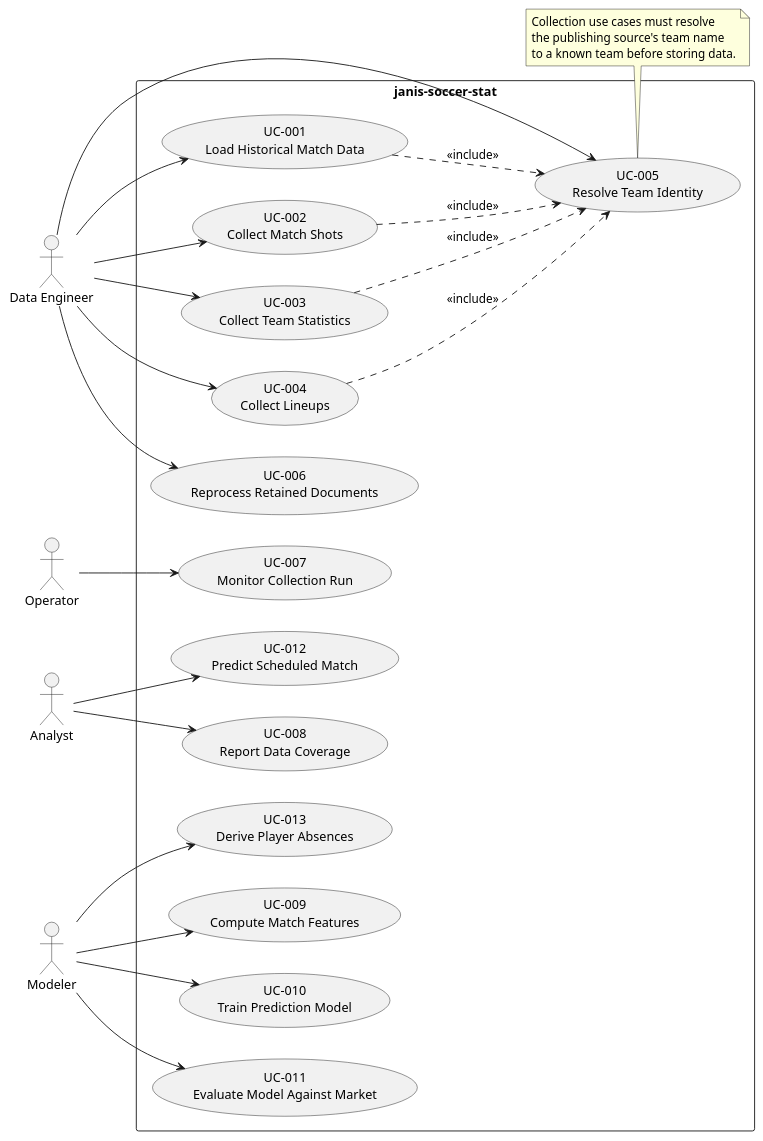
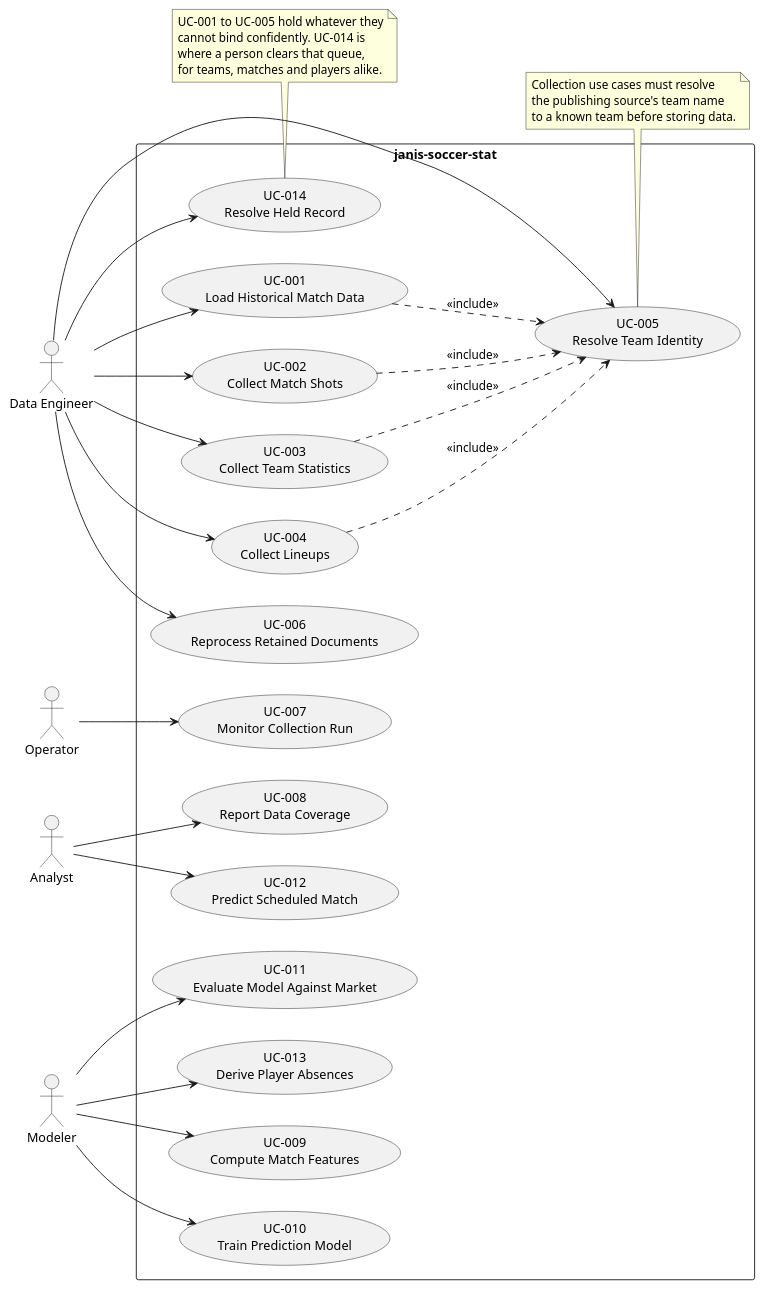
One commit to MrRios507/janis-soccer-stat changed the diagram in docs/use_cases.puml. Above: the diagram before and after it, drawn with PlantUML. The commit also changed 3 other files, not shown here.

First line of the commit message:
Close entity model gaps and split held-record review into UC-014

```diff
--- a/docs/use_cases.puml
+++ b/docs/use_cases.puml
@@ -1,66 +1,76 @@
 @startuml Use Cases Overview
 left to right direction
 
 actor "Data Engineer" as engineer
 actor "Operator" as operator
 actor "Analyst" as analyst
 actor "Modeler" as modeler
 
 rectangle "janis-soccer-stat" {
     ' Traces to FR-001, FR-011, FR-012, FR-013
     usecase "UC-001\nLoad Historical Match Data" as UC001
     ' Traces to FR-002
     usecase "UC-002\nCollect Match Shots" as UC002
     ' Traces to FR-003
     usecase "UC-003\nCollect Team Statistics" as UC003
     ' Traces to FR-004
     usecase "UC-004\nCollect Lineups" as UC004
     ' Traces to FR-008, FR-009, FR-010
     usecase "UC-005\nResolve Team Identity" as UC005
     ' Traces to FR-006, FR-007
     usecase "UC-006\nReprocess Retained Documents" as UC006
     ' Traces to FR-005, FR-022
     usecase "UC-007\nMonitor Collection Run" as UC007
     ' Traces to FR-023, FR-024
     usecase "UC-008\nReport Data Coverage" as UC008
     ' Traces to FR-014, FR-015, FR-016
     usecase "UC-009\nCompute Match Features" as UC009
     ' Traces to FR-017, FR-018
     usecase "UC-010\nTrain Prediction Model" as UC010
     ' Traces to FR-020, FR-021
     usecase "UC-011\nEvaluate Model Against Market" as UC011
     ' Traces to FR-019
     usecase "UC-012\nPredict Scheduled Match" as UC012
     ' Traces to FR-025
     usecase "UC-013\nDerive Player Absences" as UC013
+    ' Traces to FR-010
+    usecase "UC-014\nResolve Held Record" as UC014
 }
 
 engineer --> UC001
 engineer --> UC002
 engineer --> UC003
 engineer --> UC004
 engineer --> UC005
 engineer --> UC006
+engineer --> UC014
 
 operator --> UC007
 
 analyst --> UC008
 analyst --> UC012
 
 modeler --> UC009
 modeler --> UC010
 modeler --> UC011
 modeler --> UC013
 
 UC001 ..> UC005 : <<include>>
 UC002 ..> UC005 : <<include>>
 UC003 ..> UC005 : <<include>>
 UC004 ..> UC005 : <<include>>
 
 note bottom of UC005
   Collection use cases must resolve
   the publishing source's team name
   to a known team before storing data.
 end note
 
+note bottom of UC014
+  UC-001 to UC-005 hold whatever they
+  cannot bind confidently. UC-014 is
+  where a person clears that queue,
+  for teams, matches and players alike.
+end note
+
 @enduml
```
